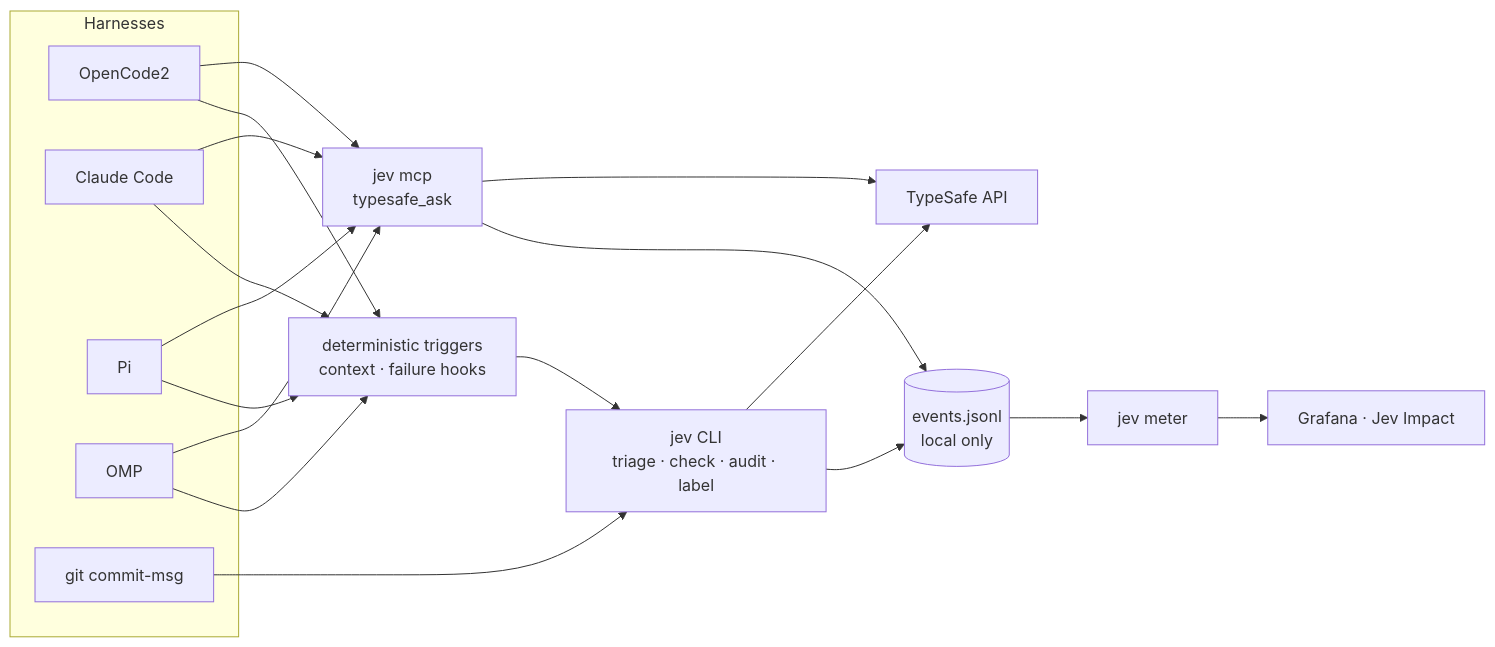
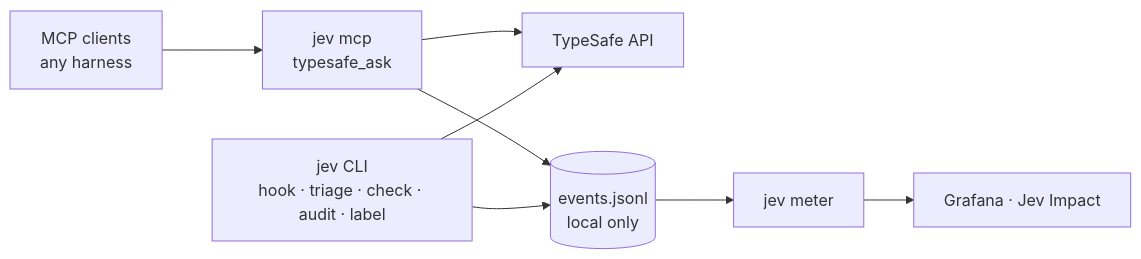
Before and after one commit to jbt95/jev-toolkit: the diagram in README.md, drawn with Mermaid. The commit also changed other lines of this file and 35 other files, not shown here.

````diff
--- a/README.md
+++ b/README.md
@@ -11,23 +11,14 @@
 ```mermaid
 flowchart LR
-  subgraph H["Harnesses"]
-    OC["OpenCode2"]
-    CC["Claude Code"]
-    PI["Pi"]
-    OMP["OMP"]
-    GH["git commit-msg"]
-  end
+  H["MCP clients<br/>any harness"]
   MCP["jev mcp<br/>typesafe_ask"]
-  TRIG["deterministic triggers<br/>context · failure hooks"]
-  CLI["jev CLI<br/>triage · check · audit · label"]
+  CLI["jev CLI<br/>hook · triage · check · audit · label"]
   API["TypeSafe API"]
   LOG[("events.jsonl<br/>local only")]
   METER["jev meter"]
   GRAF["Grafana · Jev Impact"]
 
-  OC & CC & PI & OMP --> MCP --> API
-  OC & CC & PI & OMP --> TRIG --> CLI
-  GH --> CLI
+  H --> MCP --> API
   CLI --> API
   MCP & CLI --> LOG --> METER --> GRAF
 ```
````
